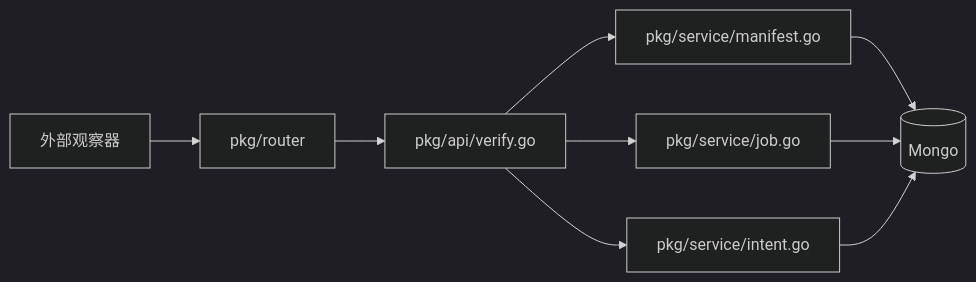
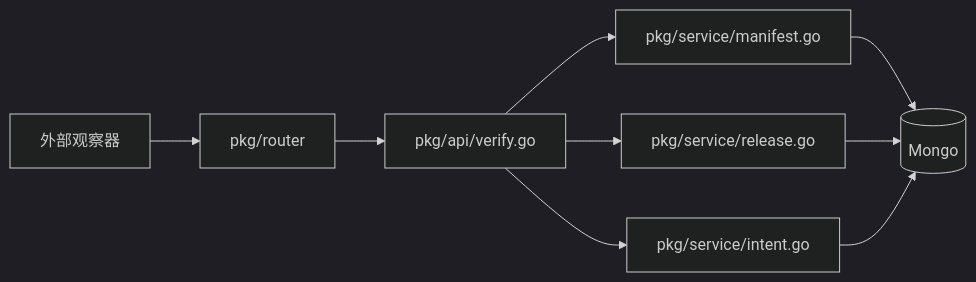
The diagram in docs/architecture.md (bsonger/devflow-verify-service), drawn with Mermaid (dark theme) before and after one commit. The commit also changed 34 other files, not shown here.

````diff
--- a/docs/architecture.md
+++ b/docs/architecture.md
@@ -19,11 +19,11 @@
 ```mermaid
 flowchart LR
   Observer[外部观察器] --> Router[pkg/router]
   Router --> API[pkg/api/verify.go]
   API --> ManifestSvc[pkg/service/manifest.go]
-  API --> ReleaseSvc[pkg/service/job.go]
+  API --> ReleaseSvc[pkg/service/release.go]
   API --> IntentSvc[pkg/service/intent.go]
   ManifestSvc --> Mongo[(Mongo)]
   ReleaseSvc --> Mongo
   IntentSvc --> Mongo
 ```
````
